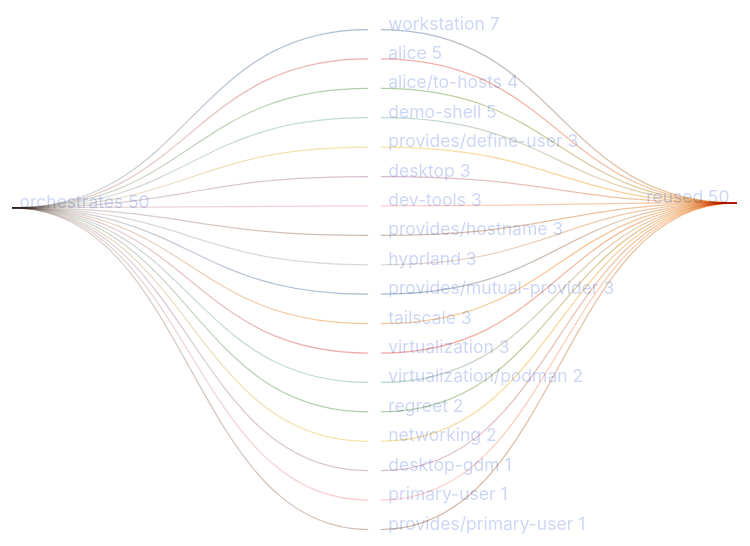
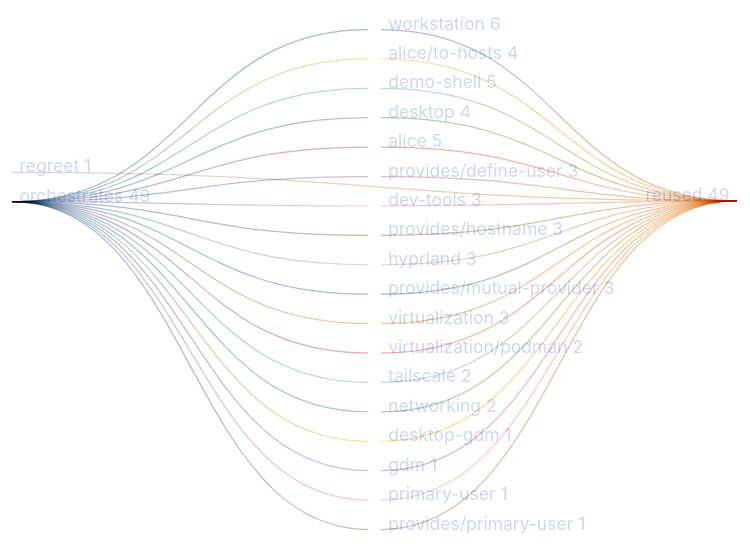
One commit to sini/den changed the diagram in templates/diag-fx-demo/diagrams/desktop-gdm-fan.md. Above: the diagram before and after it, drawn with Mermaid. The commit also changed 526 other files, not shown here.

Commit message:
chore: update fx diagrams

````diff
--- a/templates/diag-fx-demo/diagrams/desktop-gdm-fan.md
+++ b/templates/diag-fx-demo/diagrams/desktop-gdm-fan.md
@@ -5,41 +5,42 @@
 ```mermaid
 %%{init: {"theme":"base","themeVariables":{"activationBkgColor":"#313244","activationBorderColor":"#6c7086","actorBkg":"#313244","actorBorder":"#a6adc8","actorLineColor":"#a6adc8","actorTextColor":"#cdd6f4","background":"#1e1e2e","classText":"#cdd6f4","clusterBkg":"#313244","clusterBorder":"#6c7086","edgeLabelBackground":"#1e1e2e","labelBoxBkgColor":"#313244","labelBoxBorderColor":"#a6adc8","labelTextColor":"#cdd6f4","lineColor":"#a6adc8","loopTextColor":"#cdd6f4","mainBkg":"#313244","nodeBkg":"#313244","nodeBorder":"#a6adc8","nodeTextColor":"#cdd6f4","noteBkgColor":"#313244","noteBorderColor":"#6c7086","noteTextColor":"#cdd6f4","pie1":"#f38ba8","pie2":"#fab387","pie3":"#f9e2af","pie4":"#a6e3a1","pie5":"#94e2d5","pie6":"#89b4fa","pie7":"#cba6f7","pie8":"#f2cdcd","pieLegendTextColor":"#cdd6f4","pieOuterStrokeColor":"#6c7086","pieSectionTextColor":"#cdd6f4","pieStrokeColor":"#6c7086","pieTitleTextColor":"#cdd6f4","primaryBorderColor":"#a6adc8","primaryColor":"#313244","primaryTextColor":"#cdd6f4","secondBkg":"#313244","secondaryBorderColor":"#6c7086","secondaryColor":"#313244","secondaryTextColor":"#cdd6f4","sequenceNumberColor":"#1e1e2e","signalColor":"#a6adc8","signalTextColor":"#cdd6f4","tertiaryBorderColor":"#6c7086","tertiaryColor":"#313244","tertiaryTextColor":"#cdd6f4","textColor":"#cdd6f4","titleColor":"#cdd6f4"}}}%%
 sankey-beta
 
-"workstation","reused",7
+"workstation","reused",6
 "alice","reused",4
 "demo-shell","reused",5
+"desktop","reused",3
 "alice/to-hosts","reused",3
 "provides/define-user","reused",3
-"desktop","reused",3
 "dev-tools","reused",3
 "provides/hostname","reused",3
 "hyprland","reused",3
 "provides/mutual-provider","reused",3
-"tailscale","reused",2
 "virtualization","reused",3
 "virtualization/podman","reused",2
-"regreet","reused",2
+"tailscale","reused",2
 "networking","reused",1
 "desktop-gdm","reused",1
+"gdm","reused",1
 "primary-user","reused",1
 "provides/primary-user","reused",1
+"regreet","reused",1
 "orchestrates","workstation",6
 "orchestrates","alice",5
 "orchestrates","demo-shell",3
+"orchestrates","desktop",4
 "orchestrates","alice/to-hosts",4
 "orchestrates","provides/define-user",3
-"orchestrates","desktop",3
 "orchestrates","dev-tools",3
 "orchestrates","provides/hostname",3
 "orchestrates","hyprland",3
 "orchestrates","provides/mutual-provider",3
-"orchestrates","tailscale",3
 "orchestrates","virtualization",2
 "orchestrates","virtualization/podman",2
-"orchestrates","regreet",2
+"orchestrates","tailscale",2
 "orchestrates","networking",2
 "orchestrates","desktop-gdm",1
+"orchestrates","gdm",1
 "orchestrates","primary-user",1
 "orchestrates","provides/primary-user",1
 ```
````
